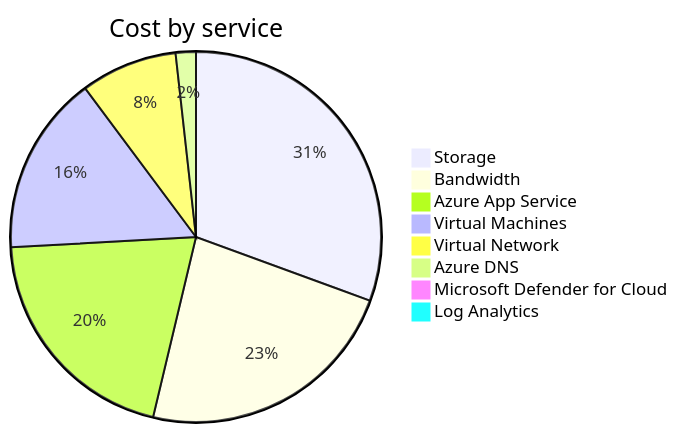
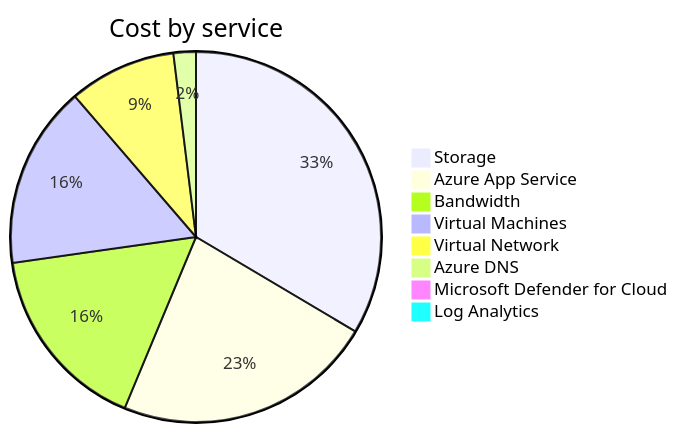
Before and after one commit to jpfulton/azure-personal-reports: the second of 4 diagrams in cost-reports/accumulated-cost.md, drawn with Mermaid. The commit also changed other lines of this file and 4 other files, not shown here.

````diff
--- a/cost-reports/accumulated-cost.md
+++ b/cost-reports/accumulated-cost.md
@@ -102,12 +102,12 @@
 ```mermaid
 pie
    title Cost by service
-   "Storage" : 1.56
+   "Storage" : 2.40
+   "Azure App Service" : 1.63
    "Bandwidth" : 1.18
-   "Azure App Service" : 1.04
-   "Virtual Machines" : 0.80
-   "Virtual Network" : 0.43
-   "Azure DNS" : 0.09
-   "Microsoft Defender for Cloud" : 0.01
+   "Virtual Machines" : 1.14
+   "Virtual Network" : 0.67
+   "Azure DNS" : 0.14
+   "Microsoft Defender for Cloud" : 0.02
    "Log Analytics" : 0.00
 ```
````
